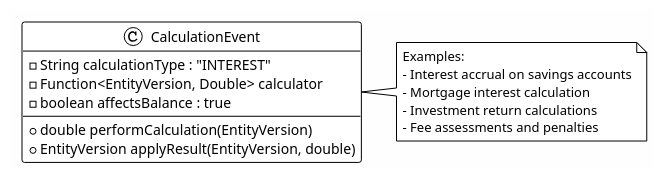
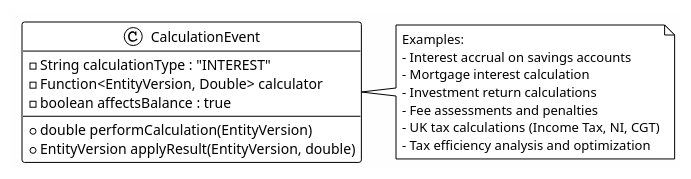
Before and after one commit to andypaul65/RatRace2025: the eighth of 18 diagrams in RatRace2025/docs/design/simulation-engine.md, drawn with PlantUML. The commit also changed other lines of this file and 5 other files, not shown here.

````diff
--- a/RatRace2025/docs/design/simulation-engine.md
+++ b/RatRace2025/docs/design/simulation-engine.md
@@ -279,23 +279,25 @@
 ```plantuml
 @startuml Calculation Events
 !theme plain
 skinparam backgroundColor #FEFEFE
 
 class CalculationEvent {
   -String calculationType : "INTEREST"
   -Function<EntityVersion, Double> calculator
   -boolean affectsBalance : true
   --
   +double performCalculation(EntityVersion)
   +EntityVersion applyResult(EntityVersion, double)
 }
 
 note right of CalculationEvent
   Examples:
   - Interest accrual on savings accounts
   - Mortgage interest calculation
   - Investment return calculations
   - Fee assessments and penalties
+  - UK tax calculations (Income Tax, NI, CGT)
+  - Tax efficiency analysis and optimization
 end note
 @enduml
 ```
````
